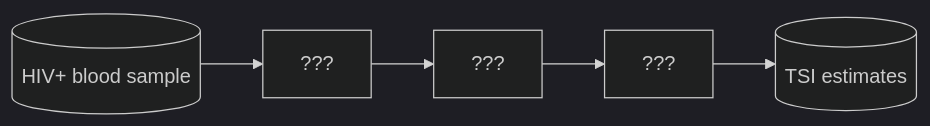
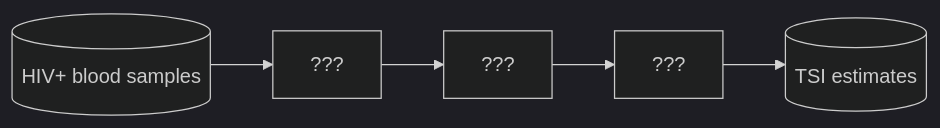
The first of 2 diagrams in slides/section2-bioinformatics.qmd (abriz97/HIV-phyloTSI-workshops), drawn with Mermaid (dark theme) before and after one commit. The commit also changed other lines of this file and 5 other files, not shown here.

````diff
--- a/slides/section2-bioinformatics.qmd
+++ b/slides/section2-bioinformatics.qmd
@@ -16,10 +16,10 @@
 ```{mermaid}
 flowchart LR 
-START[(HIV+ blood sample)]
+START[(HIV+ blood samples)]
 M1[???]
 M2[???]
 M3[???]
 END[(TSI estimates)]
 
 START --> M1 --> M2 --> M3 --> END
 ```
````
